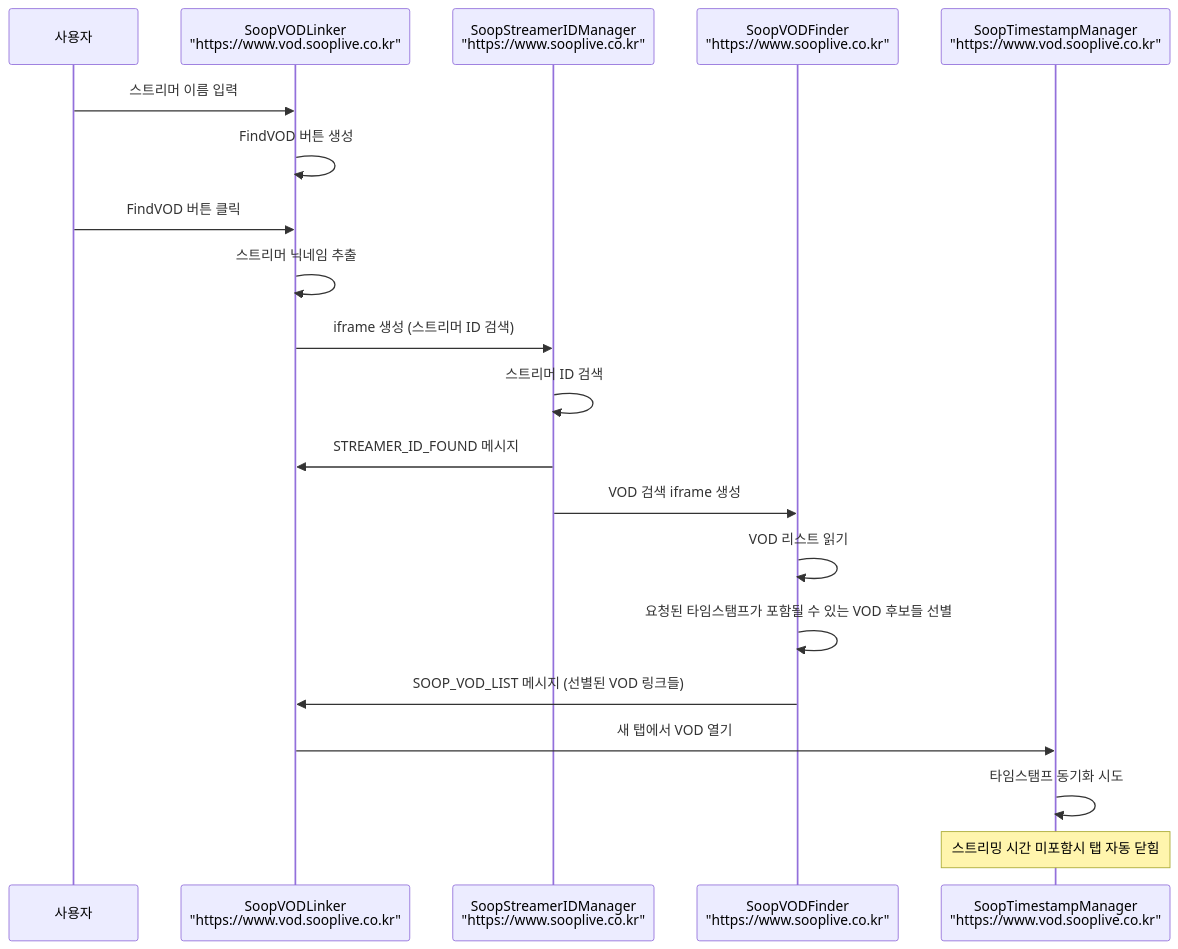
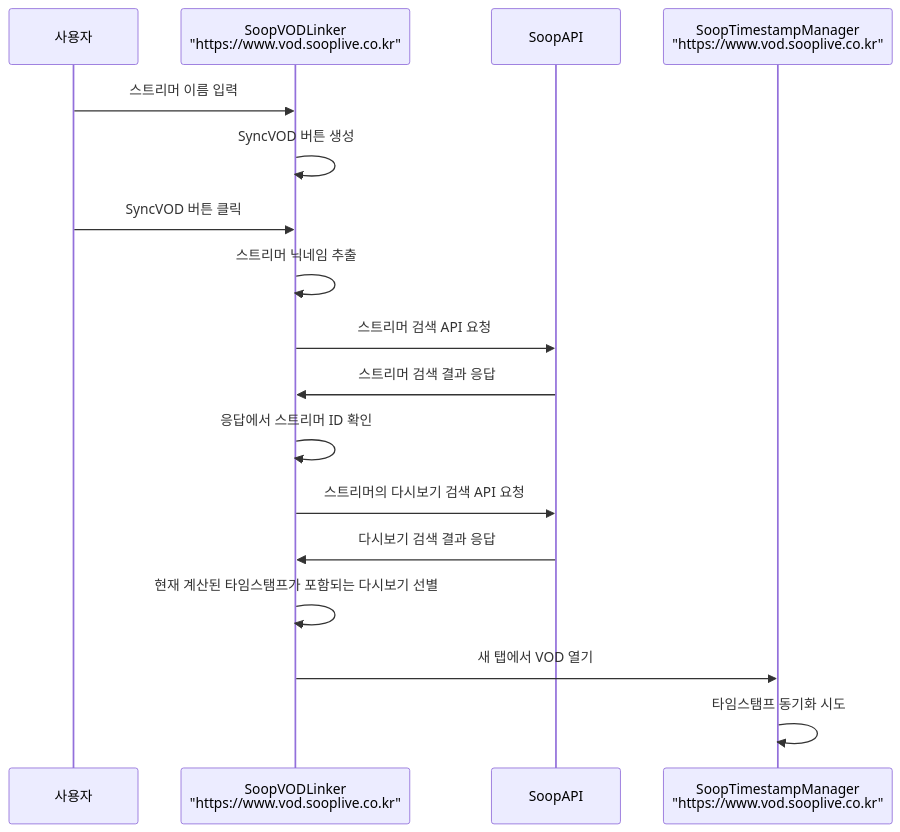
One commit to AINukeHere/VOD-Synchronizer changed the first of 3 diagrams in doc/communication_flow.md. Above: the diagram before and after it, drawn with Mermaid. The commit also changed other lines of this file, not shown here.

Commit message:
Refactor communication flow in documentation: Replace FindVOD button with SyncVOD, streamline API interactions for streamer ID and VOD retrieval, and enhance clarity in sequence diagrams for both SOOP and CHZZK synchronization processes.

````diff
--- a/doc/communication_flow.md
+++ b/doc/communication_flow.md
@@ -5,26 +5,21 @@
 ```mermaid
 sequenceDiagram
     participant User as 사용자
     participant VODLinker as SoopVODLinker<br/>"https://www.vod.sooplive.co.kr"
-    participant StreamerManager as SoopStreamerIDManager<br/>"https://www.sooplive.co.kr"
-    participant VODFinder as SoopVODFinder<br/>"https://www.sooplive.co.kr"
+    participant SoopAPI
     participant TimestampManager as SoopTimestampManager<br/>"https://www.vod.sooplive.co.kr"
 
     User->>VODLinker: 스트리머 이름 입력
-    VODLinker->>VODLinker: FindVOD 버튼 생성
-    User->>VODLinker: FindVOD 버튼 클릭
+    VODLinker->>VODLinker: SyncVOD 버튼 생성
+    User->>VODLinker: SyncVOD 버튼 클릭
     VODLinker->>VODLinker: 스트리머 닉네임 추출
-    VODLinker->>StreamerManager: iframe 생성 (스트리머 ID 검색)
-    
-    StreamerManager->>StreamerManager: 스트리머 ID 검색
-    StreamerManager->>VODLinker: STREAMER_ID_FOUND 메시지
-    StreamerManager->>VODFinder: VOD 검색 iframe 생성
-    
-    VODFinder->>VODFinder: VOD 리스트 읽기
-    VODFinder->>VODFinder: 요청된 타임스탬프가 포함될 수 있는 VOD 후보들 선별
-    VODFinder->>VODLinker: SOOP_VOD_LIST 메시지 (선별된 VOD 링크들)
+    VODLinker->>SoopAPI: 스트리머 검색 API 요청
+    SoopAPI->>VODLinker: 스트리머 검색 결과 응답
+    VODLinker->>VODLinker: 응답에서 스트리머 ID 확인
+    VODLinker->>SoopAPI: 스트리머의 다시보기 검색 API 요청
+    SoopAPI->>VODLinker: 다시보기 검색 결과 응답
+    VODLinker->>VODLinker: 현재 계산된 타임스탬프가 포함되는 다시보기 선별
     
     VODLinker->>TimestampManager: 새 탭에서 VOD 열기
     TimestampManager->>TimestampManager: 타임스탬프 동기화 시도
-    Note over TimestampManager: 스트리밍 시간 미포함시 탭 자동 닫힘
 ```
````
